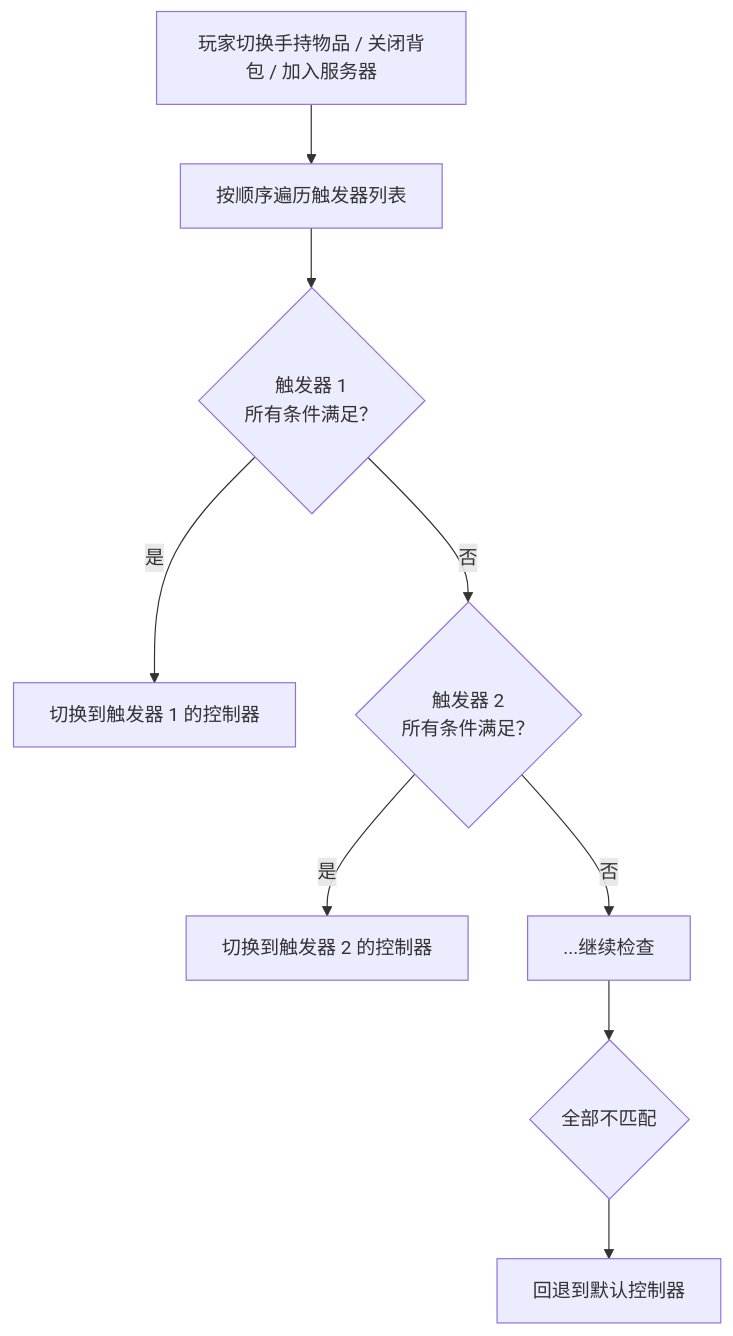
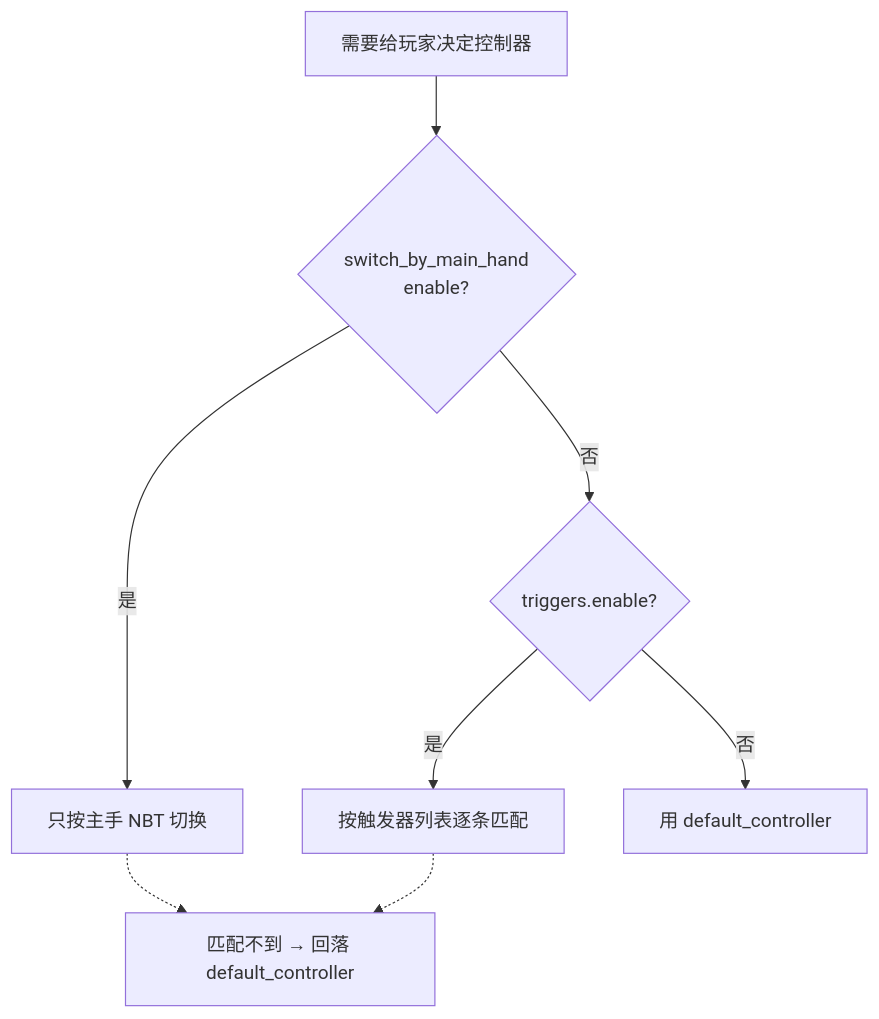
The diagram in content/docs/chronos/5_setting.mdx (17Artist/ArcartX-Wiki), drawn with Mermaid before and after one commit. The commit also changed other lines of this file and 26 other files, not shown here.

````diff
--- a/content/docs/chronos/5_setting.mdx
+++ b/content/docs/chronos/5_setting.mdx
@@ -198,11 +195,10 @@
 ```mermaid
 flowchart TB
-    A["玩家切换手持物品 / 关闭背包 / 加入服务器"] --> B["按顺序遍历触发器列表"]
-    B --> C{"触发器 1<br/>所有条件满足？"}
-    C -->|"是"| D["切换到触发器 1 的控制器"]
-    C -->|"否"| E{"触发器 2<br/>所有条件满足？"}
-    E -->|"是"| F["切换到触发器 2 的控制器"]
-    E -->|"否"| G["...继续检查"]
-    G --> H{"全部不匹配"}
-    H --> I["回退到默认控制器"]
+    A["需要给玩家决定控制器"] --> B{"switch_by_main_hand<br/>enable?"}
+    B -->|"是"| C["只按主手 NBT 切换"]
+    B -->|"否"| D{"triggers.enable?"}
+    D -->|"是"| E["按触发器列表逐条匹配"]
+    D -->|"否"| F["用 default_controller"]
+    C -.-> G["匹配不到 → 回落 default_controller"]
+    E -.-> G
 ```
````
